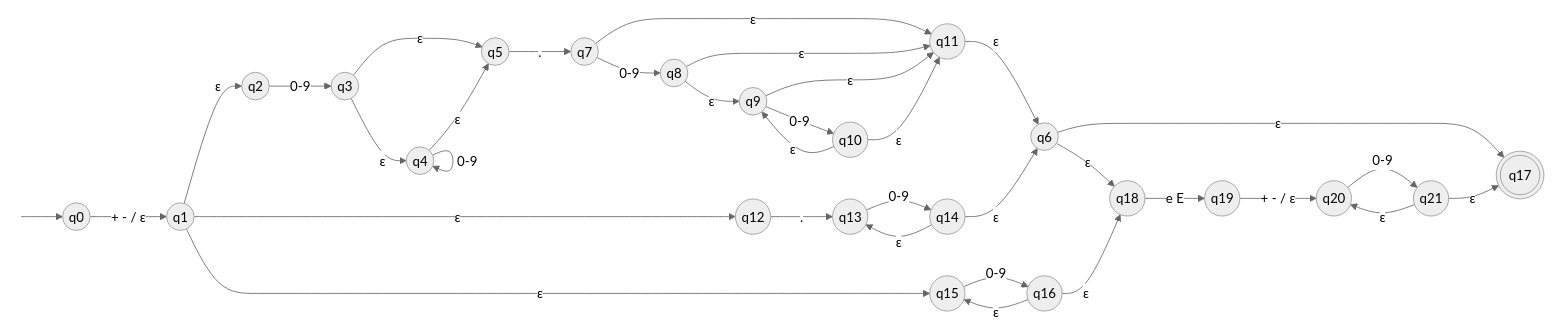
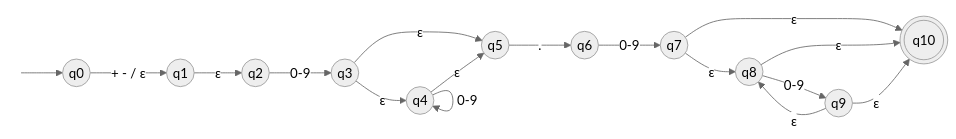
The diagram in src/data/afn_diagrams/afne_er3.md (CarlosEduuu0/CodeLinter), drawn with Mermaid (neutral theme) before and after one commit. The commit also changed other lines of this file and 7 other files, not shown here.

First line of the commit message:
refactor(er-03, er-04): simplifica as ERs para AFNε pequenos e explicáveis

````diff
--- a/src/data/afn_diagrams/afne_er3.md
+++ b/src/data/afn_diagrams/afne_er3.md
@@ -66,60 +56,31 @@
 ```mermaid
 flowchart LR
     inicio(( )) --> q0
     q0((q0))
     q1((q1))
     q2((q2))
     q3((q3))
     q4((q4))
     q5((q5))
     q6((q6))
     q7((q7))
     q8((q8))
     q9((q9))
-    q10((q10))
-    q11((q11))
-    q12((q12))
-    q13((q13))
-    q14((q14))
-    q15((q15))
-    q16((q16))
-    q17(((q17)))
-    q18((q18))
-    q19((q19))
-    q20((q20))
-    q21((q21))
+    q10(((q10)))
     q0 -- "+ - / ε" --> q1
     q1 -- "ε" --> q2
-    q1 -- "ε" --> q12
-    q1 -- "ε" --> q15
     q2 -- "0-9" --> q3
     q3 -- "ε" --> q4
     q3 -- "ε" --> q5
     q4 -- "0-9" --> q4
     q4 -- "ε" --> q5
-    q5 -- "." --> q7
-    q6 -- "ε" --> q17
-    q6 -- "ε" --> q18
-    q7 -- "0-9" --> q8
-    q7 -- "ε" --> q11
-    q8 -- "ε" --> q9
-    q8 -- "ε" --> q11
-    q9 -- "0-9" --> q10
-    q9 -- "ε" --> q11
-    q10 -- "ε" --> q9
-    q10 -- "ε" --> q11
-    q11 -- "ε" --> q6
-    q12 -- "." --> q13
-    q13 -- "0-9" --> q14
-    q14 -- "ε" --> q6
-    q14 -- "ε" --> q13
-    q15 -- "0-9" --> q16
-    q16 -- "ε" --> q15
-    q16 -- "ε" --> q18
-    q18 -- "e E" --> q19
-    q19 -- "+ - / ε" --> q20
-    q20 -- "0-9" --> q21
-    q21 -- "ε" --> q17
-    q21 -- "ε" --> q20
+    q5 -- "." --> q6
+    q6 -- "0-9" --> q7
+    q7 -- "ε" --> q8
+    q7 -- "ε" --> q10
+    q8 -- "0-9" --> q9
+    q8 -- "ε" --> q10
+    q9 -- "ε" --> q8
+    q9 -- "ε" --> q10
     style inicio fill:none,stroke:none
 ```
````
